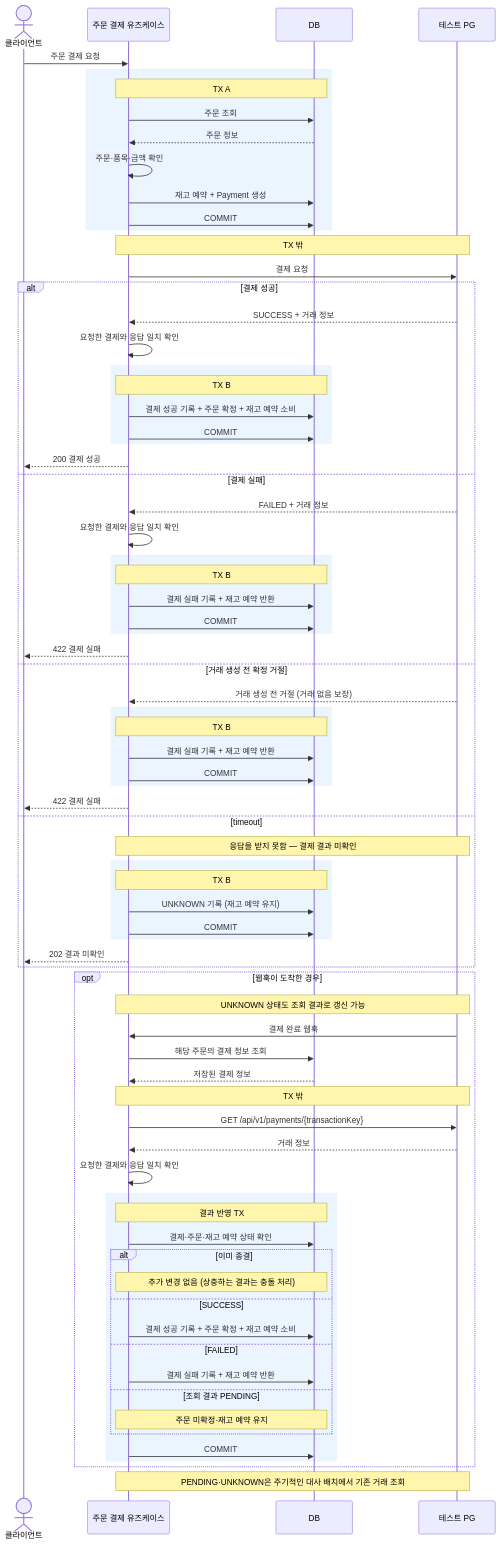
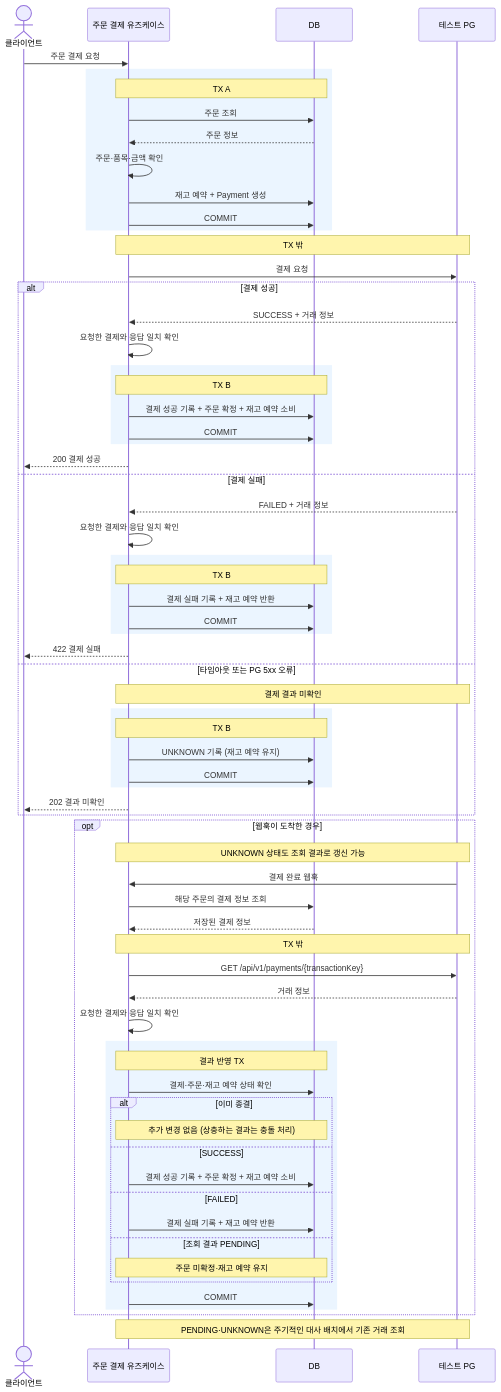
Before and after one commit to jeongye01/loop-pack-be-l2-vol5-java: the diagram in docs/week5/payment-sync-sequence.md, drawn with Mermaid. The commit also changed 8 other files, not shown here.

````diff
--- a/docs/week5/payment-sync-sequence.md
+++ b/docs/week5/payment-sync-sequence.md
@@ -3,80 +3,72 @@
 ```mermaid
 sequenceDiagram
     actor Client as 클라이언트
     participant App as 주문 결제 유즈케이스
     participant DB as DB
     participant PG as 테스트 PG
 
     Client->>App: 주문 결제 요청
     rect rgb(235, 245, 255)
         Note over App,DB: TX A
         App->>DB: 주문 조회
         DB-->>App: 주문 정보
         App->>App: 주문·품목·금액 확인
         App->>DB: 재고 예약 + Payment 생성
         App->>DB: COMMIT
     end
     Note over App,PG: TX 밖
     App->>PG: 결제 요청
     alt 결제 성공
         PG-->>App: SUCCESS + 거래 정보
         App->>App: 요청한 결제와 응답 일치 확인
         rect rgb(235, 245, 255)
             Note over App,DB: TX B
             App->>DB: 결제 성공 기록 + 주문 확정 + 재고 예약 소비
             App->>DB: COMMIT
         end
         App-->>Client: 200 결제 성공
     else 결제 실패
         PG-->>App: FAILED + 거래 정보
         App->>App: 요청한 결제와 응답 일치 확인
         rect rgb(235, 245, 255)
             Note over App,DB: TX B
             App->>DB: 결제 실패 기록 + 재고 예약 반환
             App->>DB: COMMIT
         end
         App-->>Client: 422 결제 실패
-    else 거래 생성 전 확정 거절
-        PG-->>App: 거래 생성 전 거절 (거래 없음 보장)
-        rect rgb(235, 245, 255)
-            Note over App,DB: TX B
-            App->>DB: 결제 실패 기록 + 재고 예약 반환
-            App->>DB: COMMIT
-        end
-        App-->>Client: 422 결제 실패
-    else timeout
-        Note over App,PG: 응답을 받지 못함 — 결제 결과 미확인
+    else 타임아웃 또는 PG 5xx 오류
+        Note over App,PG: 결제 결과 미확인
         rect rgb(235, 245, 255)
             Note over App,DB: TX B
             App->>DB: UNKNOWN 기록 (재고 예약 유지)
             App->>DB: COMMIT
         end
         App-->>Client: 202 결과 미확인
     end
 
     opt 웹훅이 도착한 경우
         Note over App,PG: UNKNOWN 상태도 조회 결과로 갱신 가능
         PG->>App: 결제 완료 웹훅
         App->>DB: 해당 주문의 결제 정보 조회
         DB-->>App: 저장된 결제 정보
         Note over App,PG: TX 밖
         App->>PG: GET /api/v1/payments/{transactionKey}
         PG-->>App: 거래 정보
         App->>App: 요청한 결제와 응답 일치 확인
         rect rgb(235, 245, 255)
             Note over App,DB: 결과 반영 TX
             App->>DB: 결제·주문·재고 예약 상태 확인
             alt 이미 종결
                 Note over App,DB: 추가 변경 없음 (상충하는 결과는 충돌 처리)
             else SUCCESS
                 App->>DB: 결제 성공 기록 + 주문 확정 + 재고 예약 소비
             else FAILED
                 App->>DB: 결제 실패 기록 + 재고 예약 반환
             else 조회 결과 PENDING
                 Note over App,DB: 주문 미확정·재고 예약 유지
             end
             App->>DB: COMMIT
         end
     end
     Note over App,PG: PENDING·UNKNOWN은 주기적인 대사 배치에서 기존 거래 조회
 ```
````
